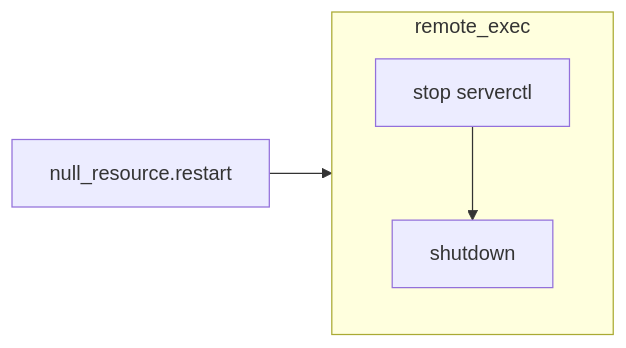
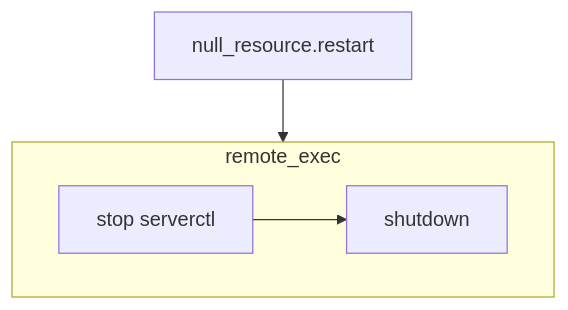
Before and after one commit to BlakeBabbProfessional/CS312_Final: the second of 2 diagrams in README.md, drawn with Mermaid. The commit also changed other lines of this file, not shown here.

Commit message:
mess with charts

````diff
--- a/README.md
+++ b/README.md
@@ -57,9 +57,9 @@
 ```mermaid
-flowchart LR
+flowchart TD
 
 apply[null_resource.restart] --> remote_exec
 
 subgraph remote_exec
     stop[stop serverctl] --> shutdown
 end
 ```
````
